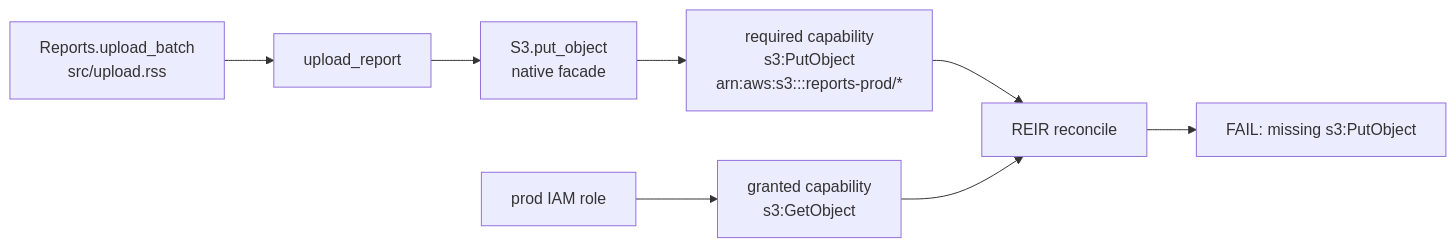
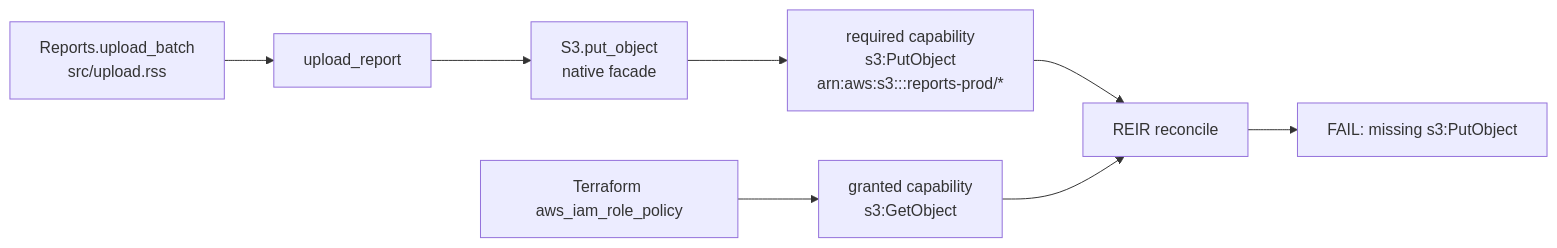
Before and after one commit to Haofei/rsscript: the diagram in demos/s3-iam-reir/README.md, drawn with Mermaid. The commit also changed other lines of this file and 13 other files, not shown here.

Commit message:
demo: reconcile S3 capabilities with Terraform IAM

````diff
--- a/demos/s3-iam-reir/README.md
+++ b/demos/s3-iam-reir/README.md
@@ -62,10 +70,10 @@
 ```mermaid
 flowchart LR
   A["Reports.upload_batch<br/>src/upload.rss"] --> B["upload_report"]
   B --> C["S3.put_object<br/>native facade"]
   C --> D["required capability<br/>s3:PutObject<br/>arn:aws:s3:::reports-prod/*"]
-  E["prod IAM role"] --> F["granted capability<br/>s3:GetObject"]
+  E["Terraform aws_iam_role_policy"] --> F["granted capability<br/>s3:GetObject"]
   D --> G["REIR reconcile"]
   F --> G
   G --> H["FAIL: missing s3:PutObject"]
 ```
````
